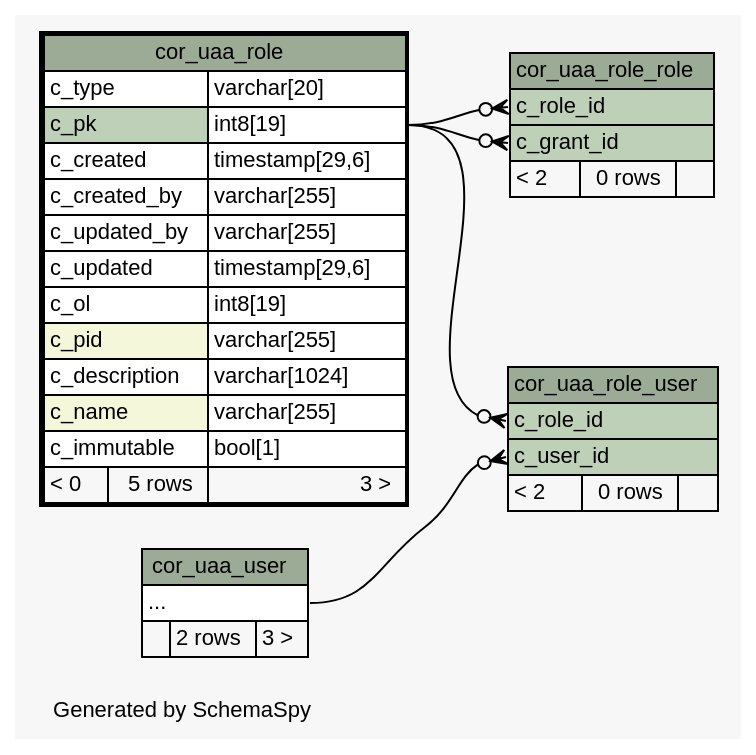
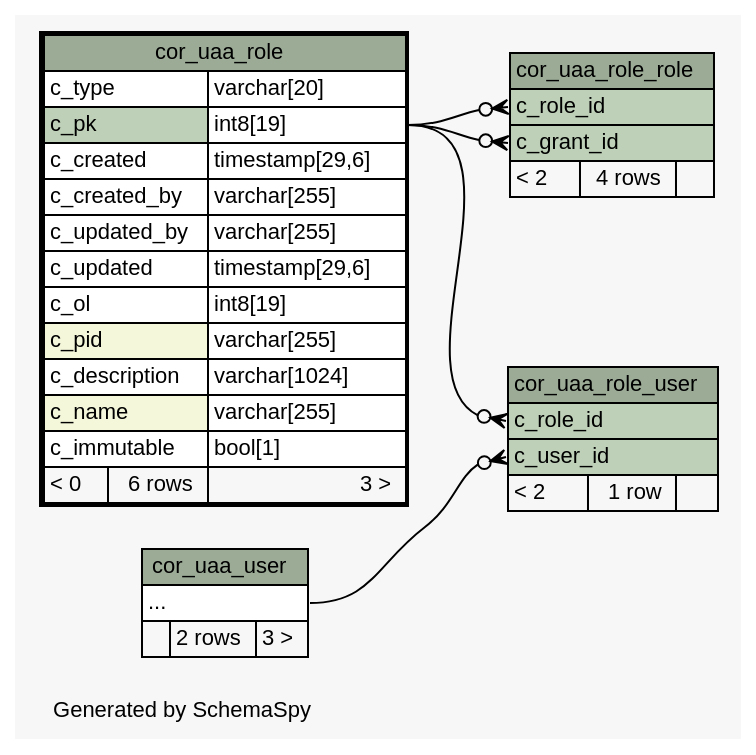
Before and after one commit to openwms/org.openwms.core.uaa.lib: the diagram in 2.0.0-SNAPSHOT/schemaspy/diagrams/cor_uaa_role.2degrees.dot, drawn with Graphviz. The commit also changed 238 other files, not shown here.

```diff
--- a/2.0.0-SNAPSHOT/schemaspy/diagrams/cor_uaa_role.2degrees.dot
+++ b/2.0.0-SNAPSHOT/schemaspy/diagrams/cor_uaa_role.2degrees.dot
@@ -1,78 +1,78 @@
-// dot 2.43.0 on Linux 6.8.0-1014-azure
+// dot 2.43.0 on Linux 6.8.0-1017-azure
 // SchemaSpy rev Unknown
 digraph "twoDegreesRelationshipsDiagram" {
   graph [
     rankdir="RL"
     bgcolor="#f7f7f7"
     label="\nGenerated by SchemaSpy"
     labeljust="l"
     nodesep="0.18"
     ranksep="0.46"
     fontname="Helvetica"
     fontsize="11"
   ];
   node [
     fontname="Helvetica"
     fontsize="11"
     shape="plaintext"
   ];
   edge [
     arrowsize="0.8"
   ];
   "cor_uaa_role_role":"c_grant_id":w -> "cor_uaa_role":"c_pk.type":e [arrowhead=none dir=back arrowtail=crowodot];
   "cor_uaa_role_role":"c_role_id":w -> "cor_uaa_role":"c_pk.type":e [arrowhead=none dir=back arrowtail=crowodot];
   "cor_uaa_role_user":"c_role_id":w -> "cor_uaa_role":"c_pk.type":e [arrowhead=none dir=back arrowtail=crowodot];
   "cor_uaa_role_user":"c_user_id":w -> "cor_uaa_user":"elipses":e [arrowhead=none dir=back arrowtail=crowodot];
   "cor_uaa_role" [
     label=<
     <TABLE BORDER="2" CELLBORDER="1" CELLSPACING="0" BGCOLOR="#ffffff">
       <TR><TD COLSPAN="3" BGCOLOR="#9bab96" ALIGN="CENTER">cor_uaa_role</TD></TR>
       <TR><TD PORT="c_type" COLSPAN="2" ALIGN="LEFT">c_type</TD><TD PORT="c_type.type" ALIGN="LEFT">varchar[20]</TD></TR>
       <TR><TD PORT="c_pk" COLSPAN="2" BGCOLOR="#bed1b8" ALIGN="LEFT">c_pk</TD><TD PORT="c_pk.type" ALIGN="LEFT">int8[19]</TD></TR>
       <TR><TD PORT="c_created" COLSPAN="2" ALIGN="LEFT">c_created</TD><TD PORT="c_created.type" ALIGN="LEFT">timestamp[29,6]</TD></TR>
       <TR><TD PORT="c_created_by" COLSPAN="2" ALIGN="LEFT">c_created_by</TD><TD PORT="c_created_by.type" ALIGN="LEFT">varchar[255]</TD></TR>
       <TR><TD PORT="c_updated_by" COLSPAN="2" ALIGN="LEFT">c_updated_by</TD><TD PORT="c_updated_by.type" ALIGN="LEFT">varchar[255]</TD></TR>
       <TR><TD PORT="c_updated" COLSPAN="2" ALIGN="LEFT">c_updated</TD><TD PORT="c_updated.type" ALIGN="LEFT">timestamp[29,6]</TD></TR>
       <TR><TD PORT="c_ol" COLSPAN="2" ALIGN="LEFT">c_ol</TD><TD PORT="c_ol.type" ALIGN="LEFT">int8[19]</TD></TR>
       <TR><TD PORT="c_pid" COLSPAN="2" BGCOLOR="#f4f7da" ALIGN="LEFT">c_pid</TD><TD PORT="c_pid.type" ALIGN="LEFT">varchar[255]</TD></TR>
       <TR><TD PORT="c_description" COLSPAN="2" ALIGN="LEFT">c_description</TD><TD PORT="c_description.type" ALIGN="LEFT">varchar[1024]</TD></TR>
       <TR><TD PORT="c_name" COLSPAN="2" BGCOLOR="#f4f7da" ALIGN="LEFT">c_name</TD><TD PORT="c_name.type" ALIGN="LEFT">varchar[255]</TD></TR>
       <TR><TD PORT="c_immutable" COLSPAN="2" ALIGN="LEFT">c_immutable</TD><TD PORT="c_immutable.type" ALIGN="LEFT">bool[1]</TD></TR>
-      <TR><TD ALIGN="LEFT" BGCOLOR="#f7f7f7">&lt; 0</TD><TD ALIGN="RIGHT" BGCOLOR="#f7f7f7">5 rows</TD><TD ALIGN="RIGHT" BGCOLOR="#f7f7f7">3 &gt;</TD></TR>
+      <TR><TD ALIGN="LEFT" BGCOLOR="#f7f7f7">&lt; 0</TD><TD ALIGN="RIGHT" BGCOLOR="#f7f7f7">6 rows</TD><TD ALIGN="RIGHT" BGCOLOR="#f7f7f7">3 &gt;</TD></TR>
     </TABLE>>
     URL="cor_uaa_role.html"
     tooltip="cor_uaa_role"
   ];
   "cor_uaa_role_role" [
     label=<
     <TABLE BORDER="0" CELLBORDER="1" CELLSPACING="0" BGCOLOR="#ffffff">
       <TR><TD COLSPAN="3" BGCOLOR="#9bab96" ALIGN="CENTER">cor_uaa_role_role</TD></TR>
       <TR><TD PORT="c_role_id" COLSPAN="3" BGCOLOR="#bed1b8" ALIGN="LEFT">c_role_id</TD></TR>
       <TR><TD PORT="c_grant_id" COLSPAN="3" BGCOLOR="#bed1b8" ALIGN="LEFT">c_grant_id</TD></TR>
-      <TR><TD ALIGN="LEFT" BGCOLOR="#f7f7f7">&lt; 2</TD><TD ALIGN="RIGHT" BGCOLOR="#f7f7f7">0 rows</TD><TD ALIGN="RIGHT" BGCOLOR="#f7f7f7">  </TD></TR>
+      <TR><TD ALIGN="LEFT" BGCOLOR="#f7f7f7">&lt; 2</TD><TD ALIGN="RIGHT" BGCOLOR="#f7f7f7">4 rows</TD><TD ALIGN="RIGHT" BGCOLOR="#f7f7f7">  </TD></TR>
     </TABLE>>
     URL="cor_uaa_role_role.html"
     tooltip="cor_uaa_role_role"
   ];
   "cor_uaa_role_user" [
     label=<
     <TABLE BORDER="0" CELLBORDER="1" CELLSPACING="0" BGCOLOR="#ffffff">
       <TR><TD COLSPAN="3" BGCOLOR="#9bab96" ALIGN="CENTER">cor_uaa_role_user</TD></TR>
       <TR><TD PORT="c_role_id" COLSPAN="3" BGCOLOR="#bed1b8" ALIGN="LEFT">c_role_id</TD></TR>
       <TR><TD PORT="c_user_id" COLSPAN="3" BGCOLOR="#bed1b8" ALIGN="LEFT">c_user_id</TD></TR>
-      <TR><TD ALIGN="LEFT" BGCOLOR="#f7f7f7">&lt; 2</TD><TD ALIGN="RIGHT" BGCOLOR="#f7f7f7">0 rows</TD><TD ALIGN="RIGHT" BGCOLOR="#f7f7f7">  </TD></TR>
+      <TR><TD ALIGN="LEFT" BGCOLOR="#f7f7f7">&lt; 2</TD><TD ALIGN="RIGHT" BGCOLOR="#f7f7f7">1 row</TD><TD ALIGN="RIGHT" BGCOLOR="#f7f7f7">  </TD></TR>
     </TABLE>>
     URL="cor_uaa_role_user.html"
     tooltip="cor_uaa_role_user"
   ];
   "cor_uaa_user" [
     label=<
     <TABLE BORDER="0" CELLBORDER="1" CELLSPACING="0" BGCOLOR="#ffffff">
       <TR><TD COLSPAN="3" BGCOLOR="#9bab96" ALIGN="CENTER">cor_uaa_user</TD></TR>
       <TR><TD PORT="elipses" COLSPAN="3" ALIGN="LEFT">...</TD></TR>
       <TR><TD ALIGN="LEFT" BGCOLOR="#f7f7f7">  </TD><TD ALIGN="RIGHT" BGCOLOR="#f7f7f7">2 rows</TD><TD ALIGN="RIGHT" BGCOLOR="#f7f7f7">3 &gt;</TD></TR>
     </TABLE>>
     URL="cor_uaa_user.html"
     tooltip="cor_uaa_user"
   ];
 }
```
